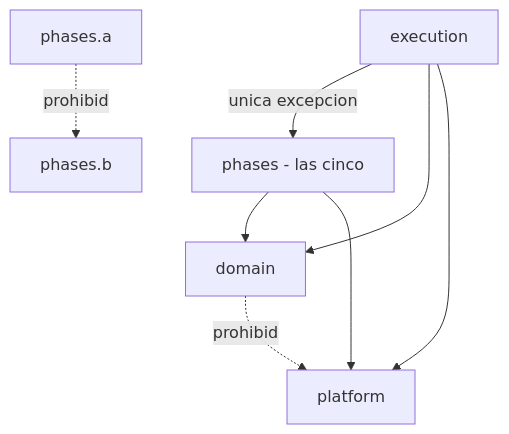
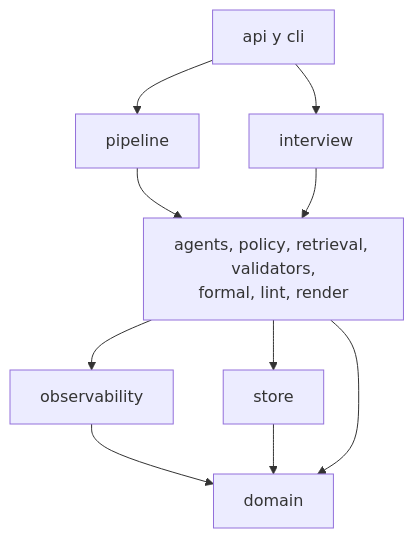
The tenth of 10 diagrams in docs/architecture.md (JNico-rb/story-maker), drawn with Mermaid before and after one commit. The commit also changed other lines of this file and 91 other files, not shown here.

````diff
--- a/docs/architecture.md
+++ b/docs/architecture.md
@@ -778,10 +1187,12 @@
 ```mermaid
 graph TD
-    EXE[execution] -->|unica excepcion| PH[phases - las cinco]
-    EXE --> DOM[domain]
-    PH --> DOM
-    EXE --> PLT[platform]
-    PH --> PLT
-    PHA[phases.a] -.prohibido.-> PHB[phases.b]
-    DOM -.prohibido.-> PLT
+    API[api y cli] --> PIPE[pipeline]
+    API --> INTV[interview]
+    PIPE --> PIEZAS[agents, policy, retrieval, validators,<br/>formal, lint, render]
+    INTV --> PIEZAS
+    PIEZAS --> OBS[observability]
+    PIEZAS --> STO[store]
+    OBS --> DOM[domain]
+    STO --> DOM
+    PIEZAS --> DOM
 ```
````
